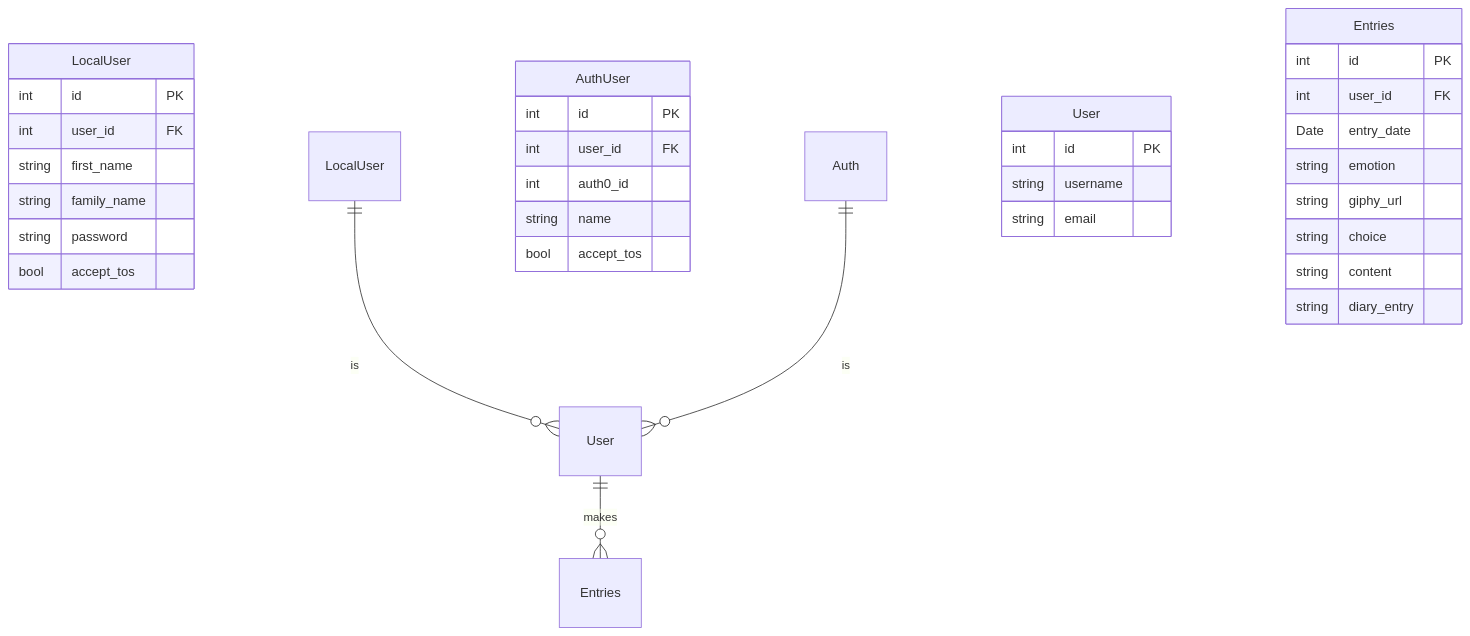
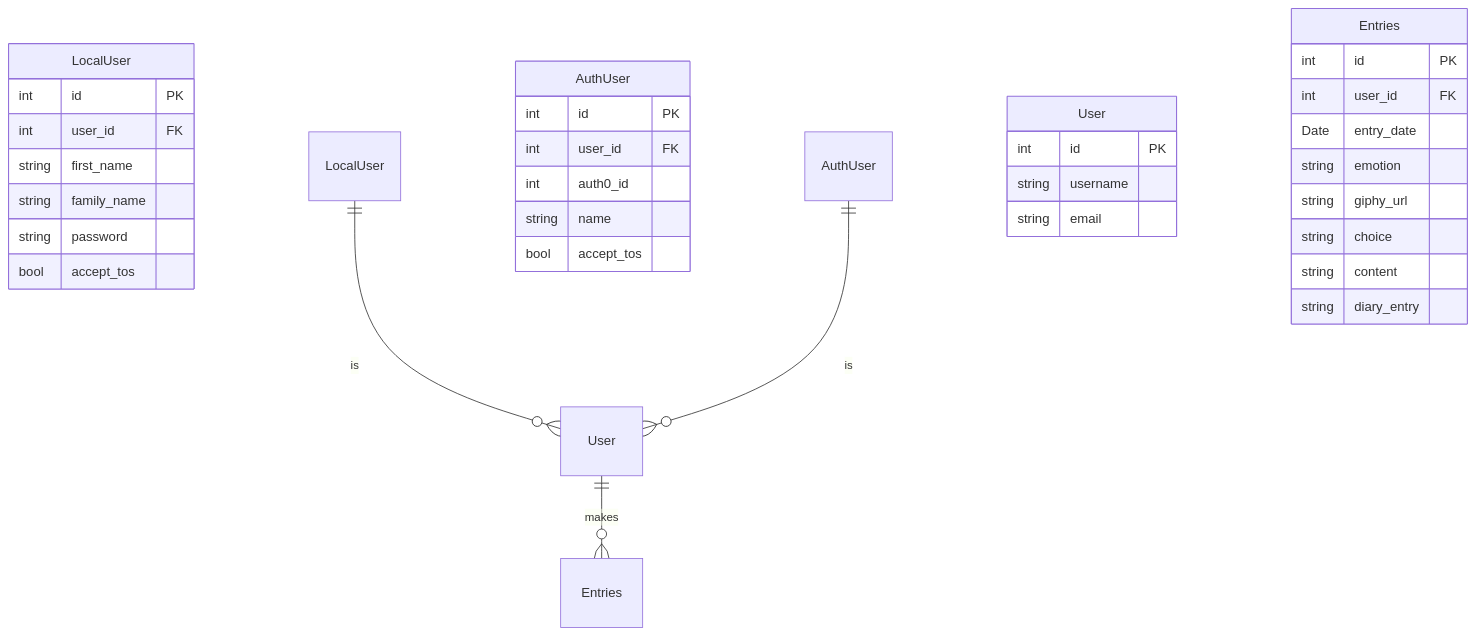
The second of 2 diagrams in README.md (Rachel-Tookey/GIFeels), drawn with Mermaid before and after one commit.

````diff
--- a/README.md
+++ b/README.md
@@ -28,36 +28,36 @@
 ```mermaid
 erDiagram
     a[LocalUser] {
         int id PK
         int user_id FK
         string first_name
         string family_name
         string password
         bool accept_tos 
     }
     LocalUser ||--o{ User : is
     b[AuthUser] {
         int id PK
         int user_id FK
         int auth0_id
         string name
         bool accept_tos 
     }
-    Auth ||--o{ User : is
+    AuthUser ||--o{ User : is
     c[User] {
         int id PK 
         string username
         string email
     }
     d[Entries] {
         int id PK
         int user_id FK
         Date entry_date
         string emotion
         string giphy_url
         string choice 
         string content
         string diary_entry
     }
     User ||--o{ Entries : makes 
 ```
````
